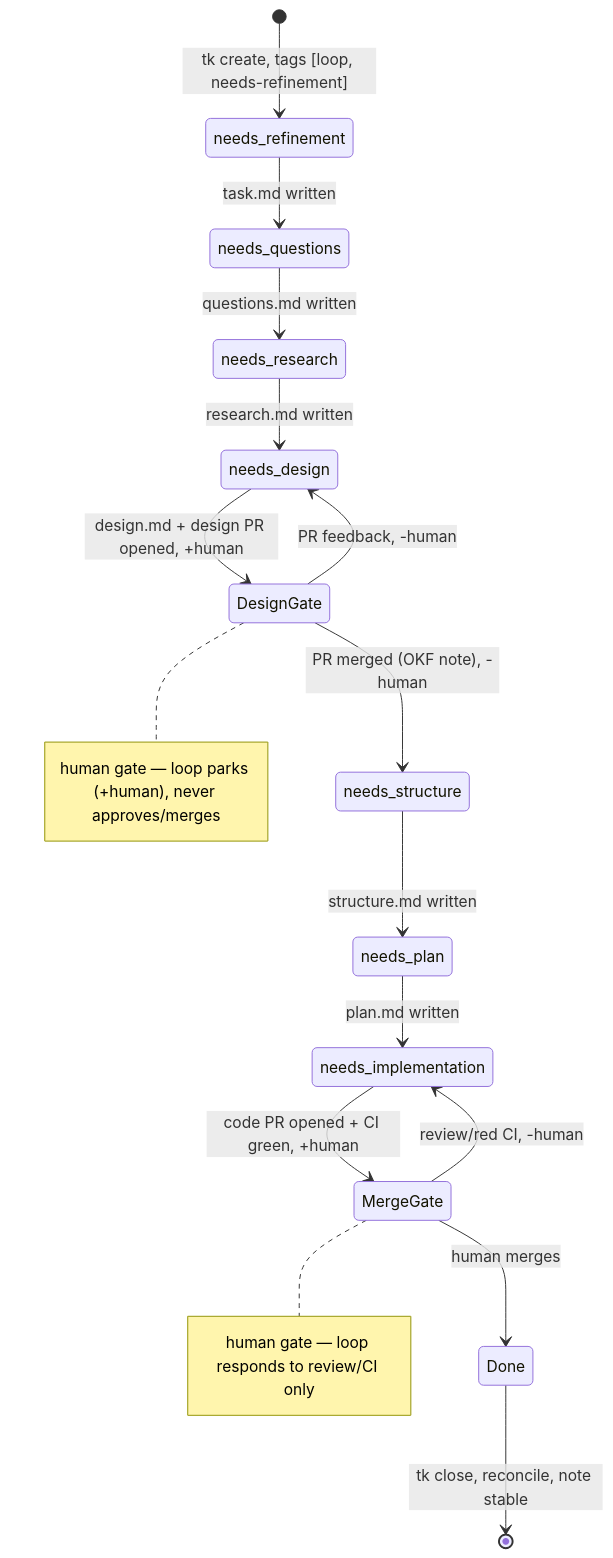
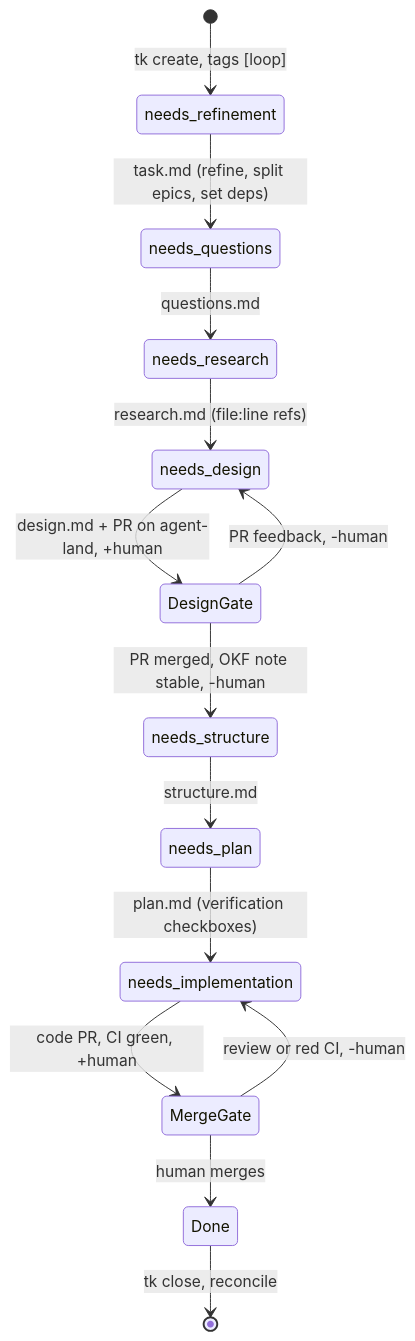
One commit to marcoklein/agent-land changed the diagram in docs/knowledge/product/designs/ticket-layer-design.md. Above: the diagram before and after it, drawn with Mermaid. The commit also changed other lines of this file and 3 other files, not shown here.

````diff
--- a/docs/knowledge/product/designs/ticket-layer-design.md
+++ b/docs/knowledge/product/designs/ticket-layer-design.md
@@ -83,18 +32,16 @@
 ```mermaid
 stateDiagram-v2
-    [*] --> needs_refinement: tk create, tags [loop, needs-refinement]
-    needs_refinement --> needs_questions: task.md written
-    needs_questions --> needs_research: questions.md written
-    needs_research --> needs_design: research.md written
-    needs_design --> DesignGate: design.md + design PR opened, +human
+    [*] --> needs_refinement: tk create, tags [loop]
+    needs_refinement --> needs_questions: task.md (refine, split epics, set deps)
+    needs_questions --> needs_research: questions.md
+    needs_research --> needs_design: research.md (file:line refs)
+    needs_design --> DesignGate: design.md + PR on agent-land, +human
     DesignGate --> needs_design: PR feedback, -human
-    DesignGate --> needs_structure: PR merged (OKF note), -human
-    needs_structure --> needs_plan: structure.md written
-    needs_plan --> needs_implementation: plan.md written
-    needs_implementation --> MergeGate: code PR opened + CI green, +human
-    MergeGate --> needs_implementation: review/red CI, -human
+    DesignGate --> needs_structure: PR merged, OKF note stable, -human
+    needs_structure --> needs_plan: structure.md
+    needs_plan --> needs_implementation: plan.md (verification checkboxes)
+    needs_implementation --> MergeGate: code PR, CI green, +human
+    MergeGate --> needs_implementation: review or red CI, -human
     MergeGate --> Done: human merges
-    Done --> [*]: tk close, reconcile, note stable
-    note right of DesignGate: human gate — loop parks (+human), never approves/merges
-    note right of MergeGate: human gate — loop responds to review/CI only
+    Done --> [*]: tk close, reconcile
 ```
````
